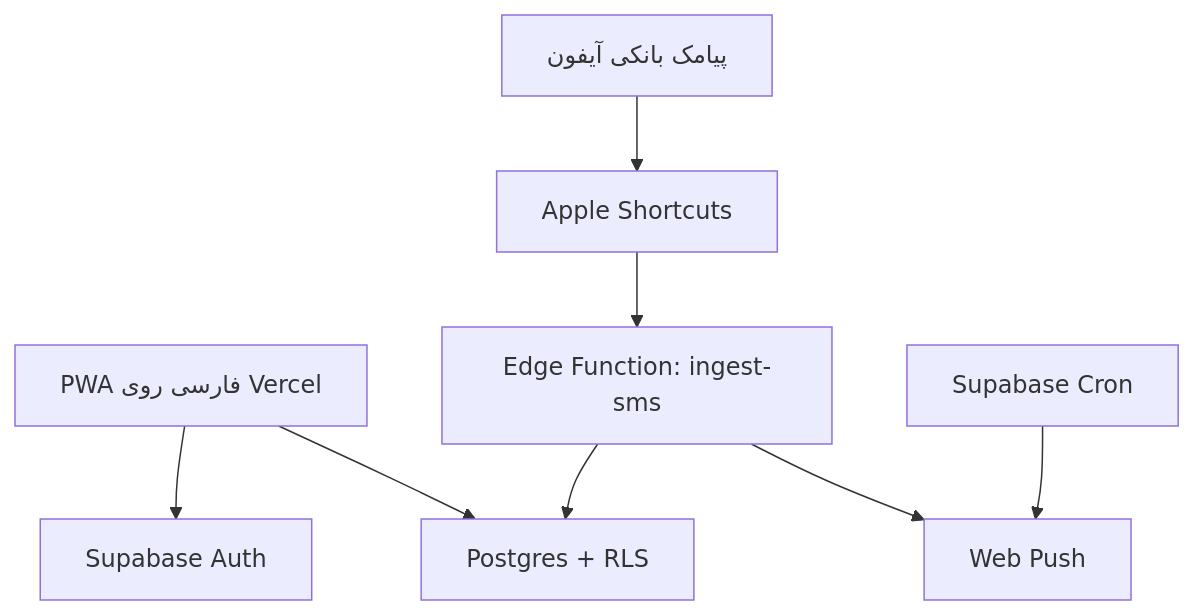
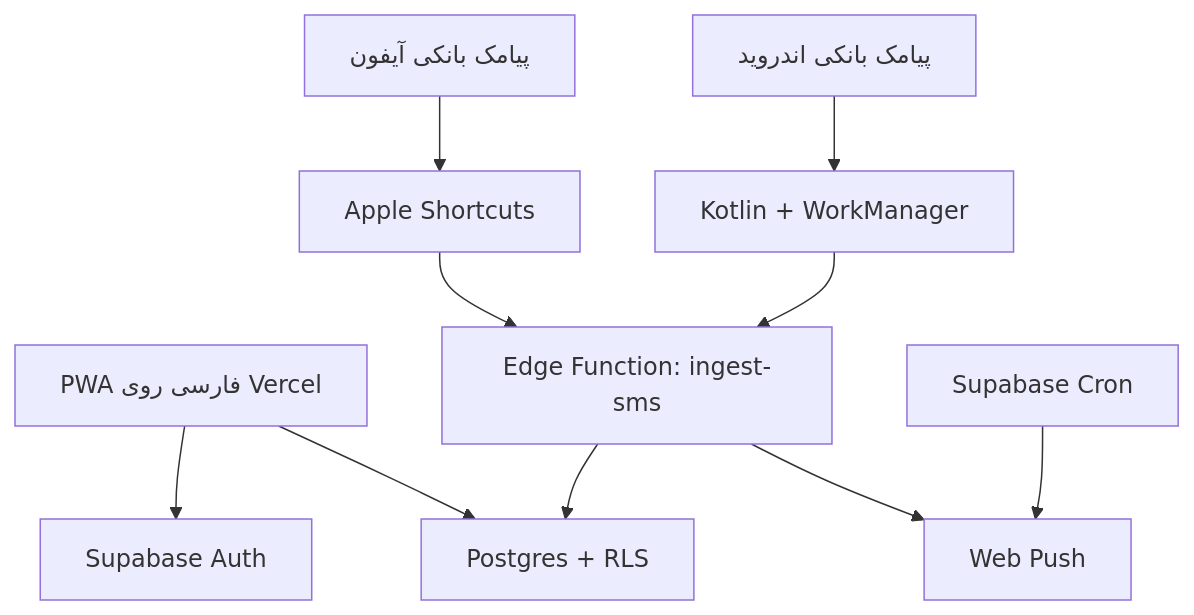
Before and after one commit to arschia/darayiban: the diagram in README.md, drawn with Mermaid. The commit also changed other lines of this file and 72 other files, not shown here.

Commit message:
Build native Android app with automatic bank SMS import

````diff
--- a/README.md
+++ b/README.md
@@ -45,10 +48,12 @@
 ```mermaid
 flowchart TD
   UI["PWA فارسی روی Vercel"] --> AUTH["Supabase Auth"]
   UI --> DATA["Postgres + RLS"]
-  SMS["پیامک بانکی آیفون"] --> SHORTCUT["Apple Shortcuts"]
+  IOS["پیامک بانکی آیفون"] --> SHORTCUT["Apple Shortcuts"]
+  ANDROID["پیامک بانکی اندروید"] --> NATIVE["Kotlin + WorkManager"]
   SHORTCUT --> EDGE["Edge Function: ingest-sms"]
+  NATIVE --> EDGE
   EDGE --> DATA
   EDGE --> PUSH["Web Push"]
   CRON["Supabase Cron"] --> PUSH
 ```
````
